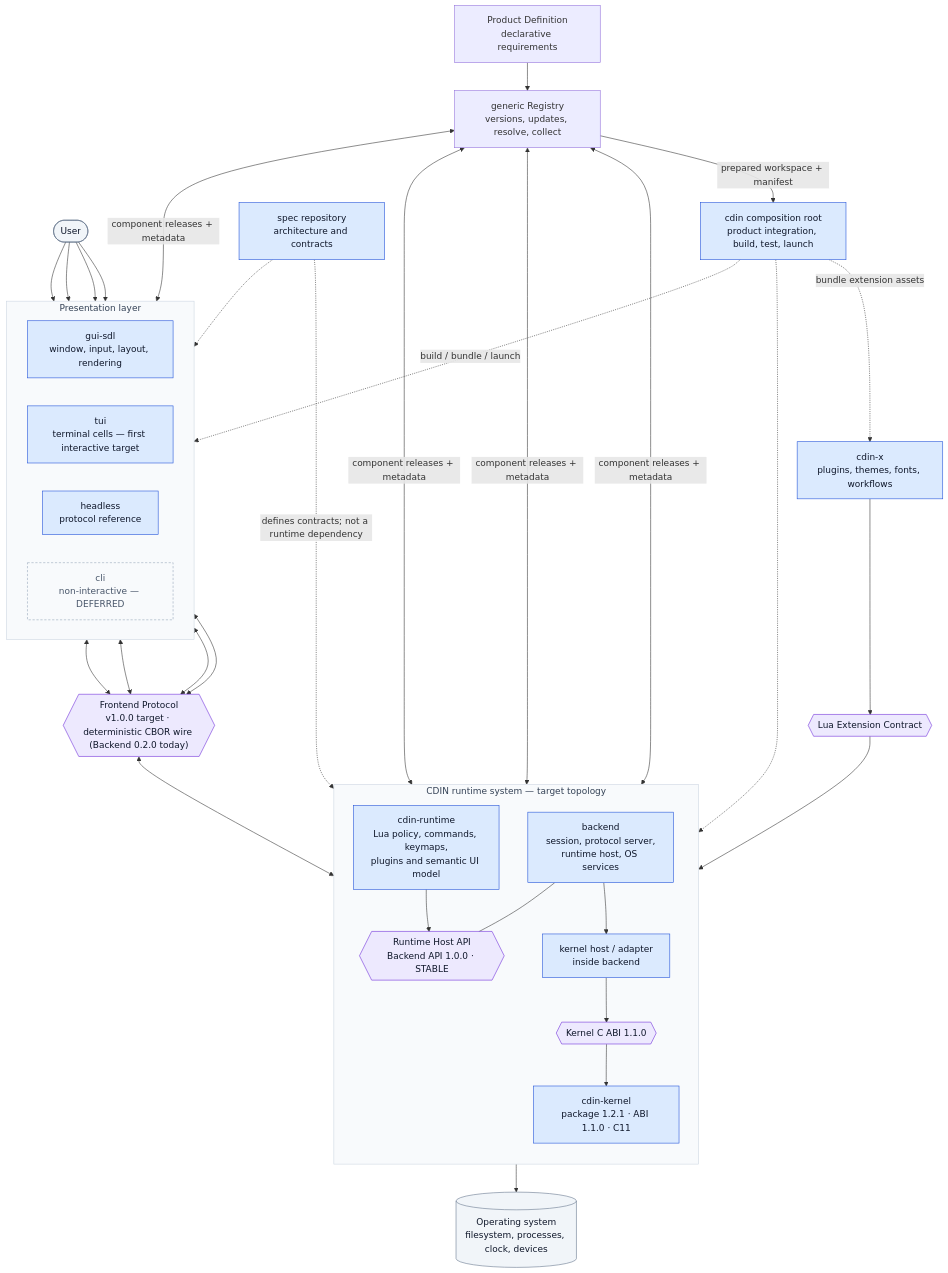
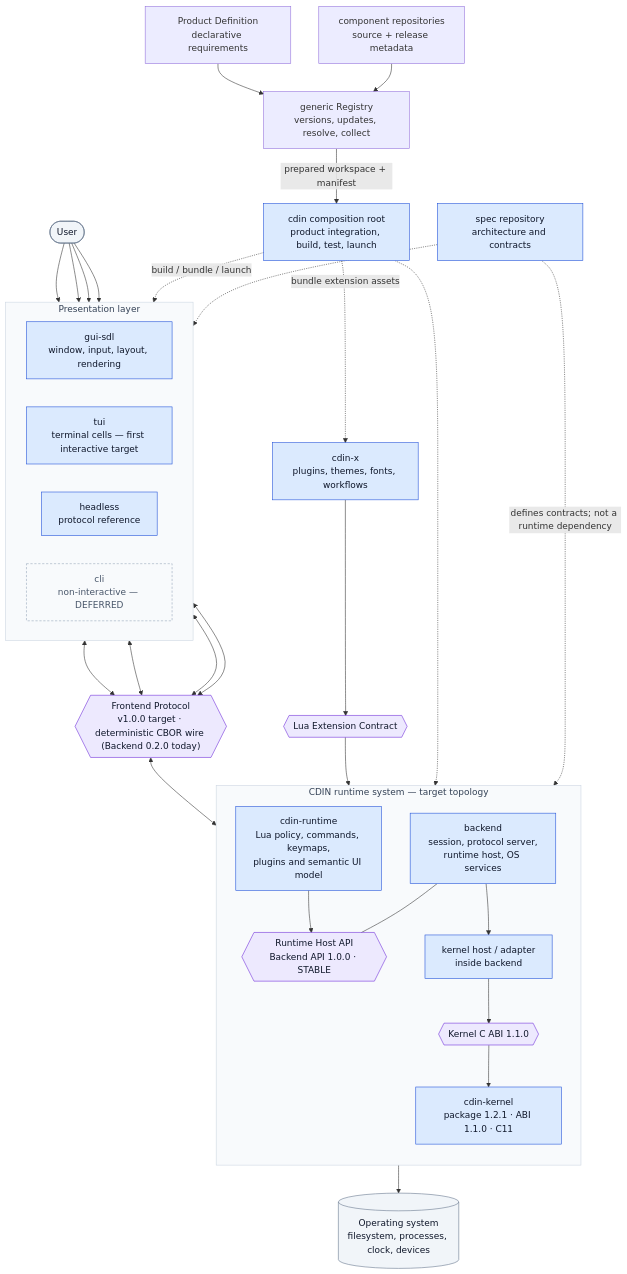
The diagram in README.md (cdin-editor/spec), drawn with Mermaid before and after one commit.

Commit message:
docs(spec): clarify Registry component-source diagram

````diff
--- a/README.md
+++ b/README.md
@@ -15,69 +15,67 @@
 ```mermaid
 flowchart TB
     USER(["User"])
 
     subgraph PRESENTATION["Presentation layer"]
         direction LR
         GUI["gui-sdl<br/>window, input, layout, rendering"]
         TUI["tui<br/>terminal cells — first interactive target"]
         HEADLESS["headless<br/>protocol reference"]
         CLI["cli<br/>non-interactive — DEFERRED"]
     end
     FP{{"Frontend Protocol<br/>v1.0.0 target · deterministic CBOR wire (Backend 0.2.0 today)"}}
 
     subgraph PRODUCT["CDIN runtime system — target topology"]
         direction TB
         BE["backend<br/>session, protocol server,<br/>runtime host, OS services"]
         RHA{{"Runtime Host API<br/>Backend API 1.0.0 · STABLE"}}
         RT["cdin-runtime<br/>Lua policy, commands, keymaps,<br/>plugins and semantic UI model"]
         KHOST["kernel host / adapter<br/>inside backend"]
         KABI{{"Kernel C ABI 1.1.0"}}
         K["cdin-kernel<br/>package 1.2.1 · ABI 1.1.0 · C11"]
         BE --- RHA
         RT --> RHA
         BE --> KHOST --> KABI --> K
     end
 
     EXTAPI{{"Lua Extension Contract"}}
     X["cdin-x<br/>plugins, themes, fonts, workflows"]
     OS[("Operating system<br/>filesystem, processes, clock, devices")]
     ROOT["cdin composition root<br/>product integration, build, test, launch"]
     PD["Product Definition<br/>declarative requirements"]
     REG["generic Registry<br/>versions, updates, resolve, collect"]
     SPEC["spec repository<br/>architecture and contracts"]
 
     USER --> GUI
     USER --> TUI
     USER --> HEADLESS
 USER --> CLI
     GUI <--> FP
     TUI <--> FP
     HEADLESS <--> FP
 CLI <--> FP
     FP <--> BE
     X --> EXTAPI --> RT
     BE --> OS
     PD --> REG
     REG -->|"prepared workspace + manifest"| ROOT
-    REG <-->|"component releases + metadata"| K
-    REG <-->|"component releases + metadata"| RT
-    REG <-->|"component releases + metadata"| BE
-    REG <-->|"component releases + metadata"| GUI
+    COMPONENTS["component repositories<br/>source + release metadata"]
+    COMPONENTS --> REG
     ROOT -. "build / bundle / launch" .-> PRESENTATION
     ROOT -.-> PRODUCT
     ROOT -. "bundle extension assets" .-> X
     SPEC -. "defines contracts; not a runtime dependency" .-> PRODUCT
     SPEC -.-> PRESENTATION
 
     classDef comp fill:#dbeafe,stroke:#1d4ed8,color:#0f172a
     classDef contract fill:#ede9fe,stroke:#6d28d9,color:#0f172a
     classDef external fill:#f1f5f9,stroke:#64748b,color:#0f172a
     classDef group fill:#f8fafc,stroke:#cbd5e1,color:#334155
     classDef deferred fill:#f8fafc,stroke:#94a3b8,color:#475569,stroke-dasharray:4 3
     class TUI component
     class CLI deferred
     class GUI,TUI,HEADLESS,BE,K,KHOST,RT,ROOT,SPEC,X comp
     class FP,RHA,KABI,EXTAPI contract
     class OS,USER external
     class PRESENTATION,PRODUCT group
 ```
````
